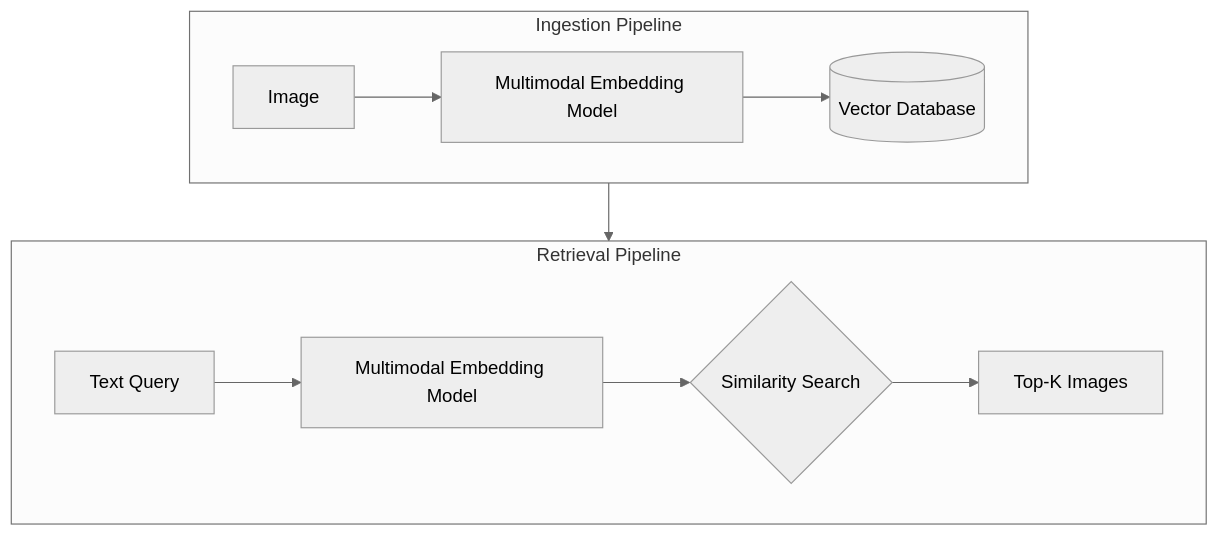
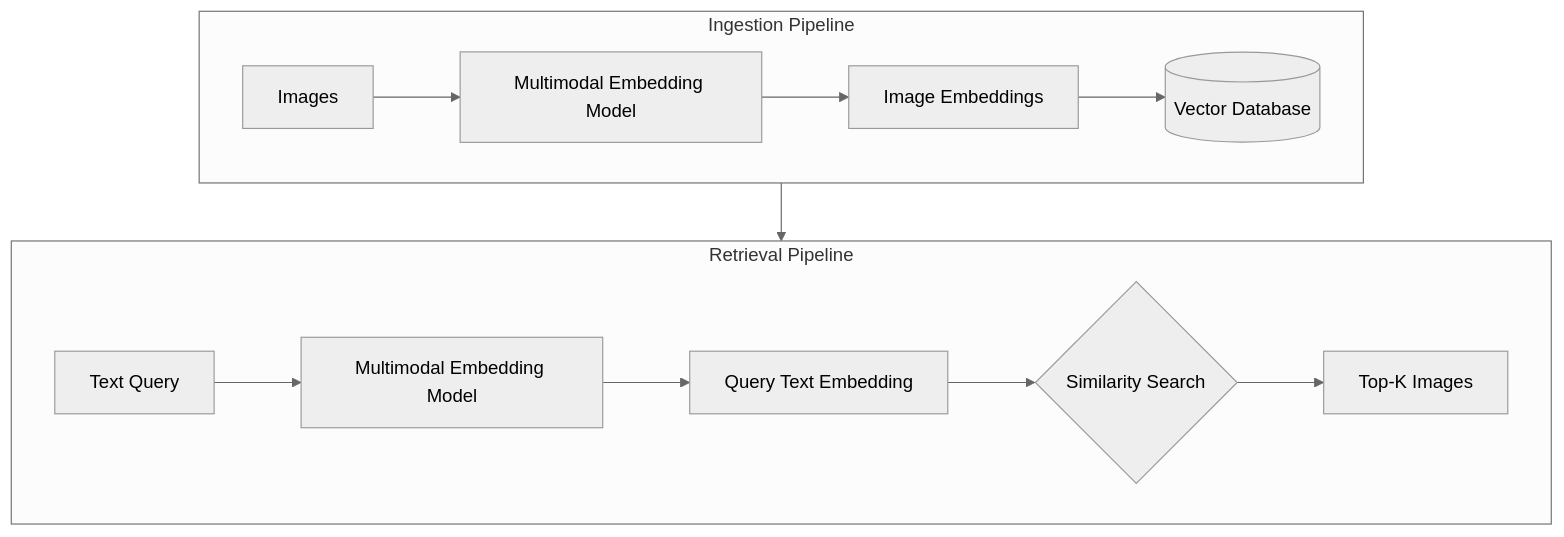
The third of 5 diagrams in lessons/11_multimodal/article.md (towardsai/agentic-ai-engineering-course), drawn with Mermaid (neutral theme) before and after one commit. The commit also changed other lines of this file and 1 other file, not shown here.

````diff
--- a/lessons/11_multimodal/article.md
+++ b/lessons/11_multimodal/article.md
@@ -481,14 +490,14 @@
 ```mermaid
 graph TD
     subgraph Ingestion Pipeline
         direction LR
-        Img[Image] --> MME1[Multimodal Embedding Model] --> VDB[(Vector Database)];
+        Img[Images] --> MME1[Multimodal Embedding Model] --> IE[Image Embeddings] --> VDB[(Vector Database)];
     end
 
     subgraph Retrieval Pipeline
         direction LR
-        Query[Text Query] --> MME2[Multimodal Embedding Model] --> Search{Similarity Search};
+        Query[Text Query] --> MME2[Multimodal Embedding Model] --> QE[Query Text Embedding] --> Search{Similarity Search};
         VDB --> Search;
         Search --> Results[Top-K Images];
     end
 ```
````
